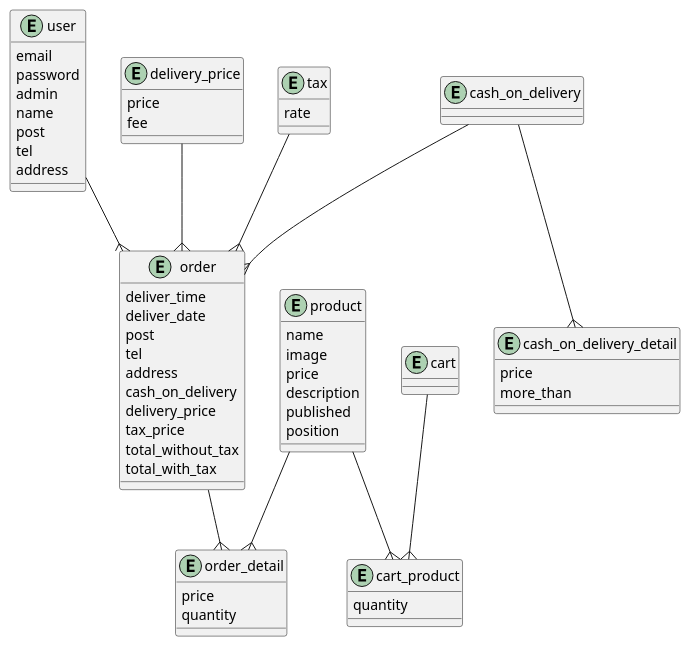
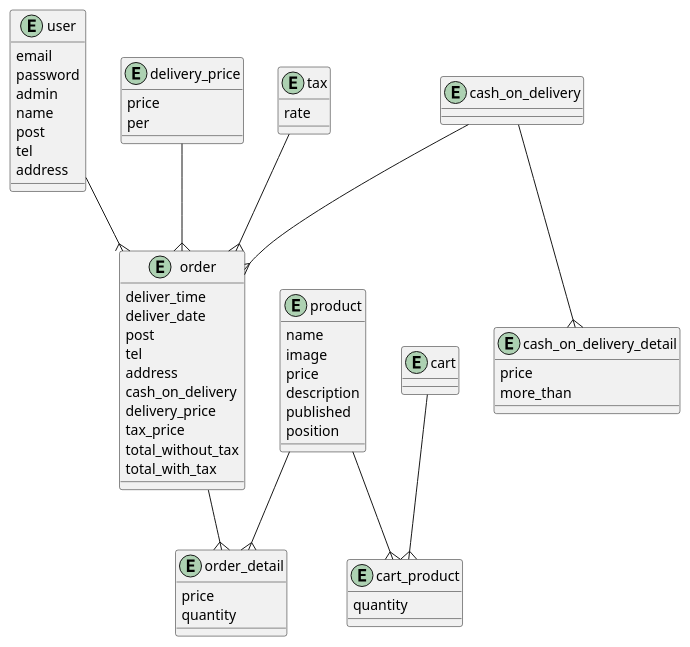
Before and after one commit to kenchiki/rails-example-ec2: the diagram in er.puml, drawn with PlantUML. The commit also changed 21 other files, not shown here.

```diff
--- a/er.puml
+++ b/er.puml
@@ -1,74 +1,74 @@
 @startuml
 
 entity "user" {
   email
   password
   admin
   name
   post
   tel
   address
 }
 
 entity "cash_on_delivery_detail" {
   price
   more_than
 }
 
 entity "cash_on_delivery" {
 }
 
 entity "delivery_price" {
   price
-  fee
+  per
 }
 
 entity "tax" {
   rate
 }
 
 entity "cart" {
 }
 
 entity "cart_product" {
   quantity
 }
 
 entity "order" {
   deliver_time
   deliver_date
   post
   tel
   address
   cash_on_delivery
   delivery_price
   tax_price
   total_without_tax
   total_with_tax
 }
 
 entity "order_detail" {
   price
   quantity
 }
 
 entity "product" {
   name
   image
   price
   description
   published
   position
 }
 
 cash_on_delivery--{cash_on_delivery_detail
 tax--{order
 cart--{cart_product
 delivery_price--{order
 product--{cart_product
 cash_on_delivery--{order
 user--{order
 order--{order_detail
 product--{order_detail
 
 @enduml
```
